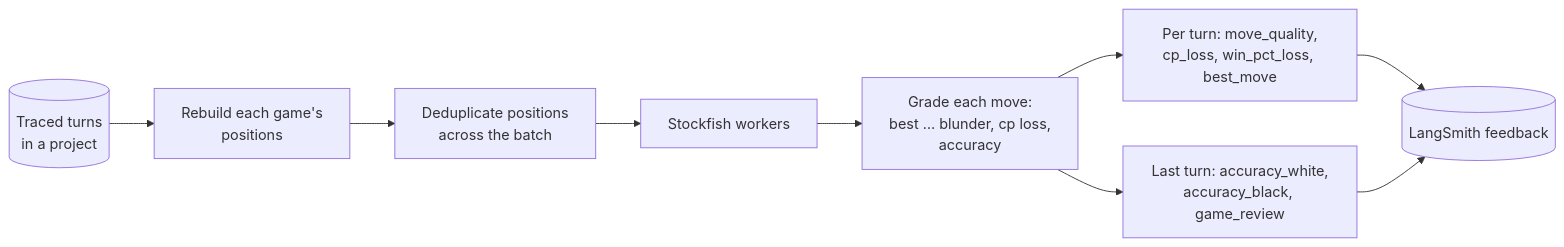
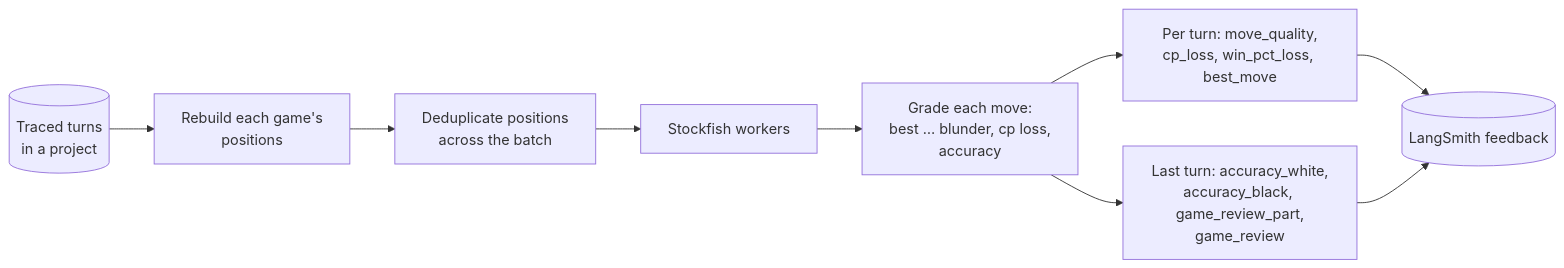
The diagram in libs/cli/README.md (darieldatoon/langchain-chess), drawn with Mermaid before and after one commit. The commit also changed other lines of this file and 16 other files, not shown here.

````diff
--- a/libs/cli/README.md
+++ b/libs/cli/README.md
@@ -177,11 +177,11 @@
 ```mermaid
 flowchart LR
   runs[("Traced turns<br/>in a project")] --> replay["Rebuild each game's<br/>positions"]
   replay --> dedupe["Deduplicate positions<br/>across the batch"]
   dedupe --> sf["Stockfish workers"]
   sf --> grades["Grade each move:<br/>best … blunder, cp loss,<br/>accuracy"]
   grades --> turn["Per turn: move_quality,<br/>cp_loss, win_pct_loss, best_move"]
-  grades --> game["Last turn: accuracy_white,<br/>accuracy_black, game_review"]
+  grades --> game["Last turn: accuracy_white,<br/>accuracy_black, game_review_part,<br/>game_review"]
   turn --> fb[("LangSmith feedback")]
   game --> fb
 ```
````
